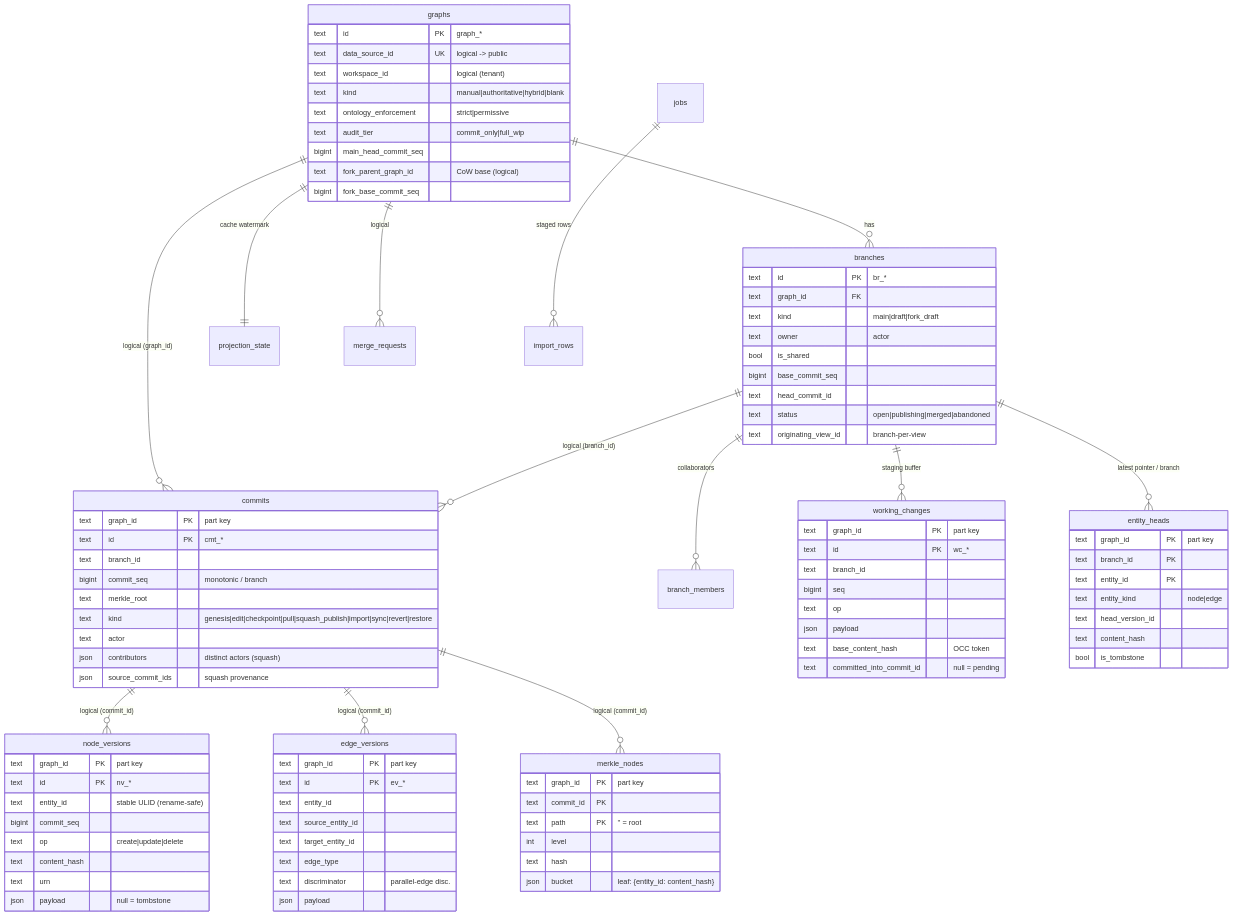
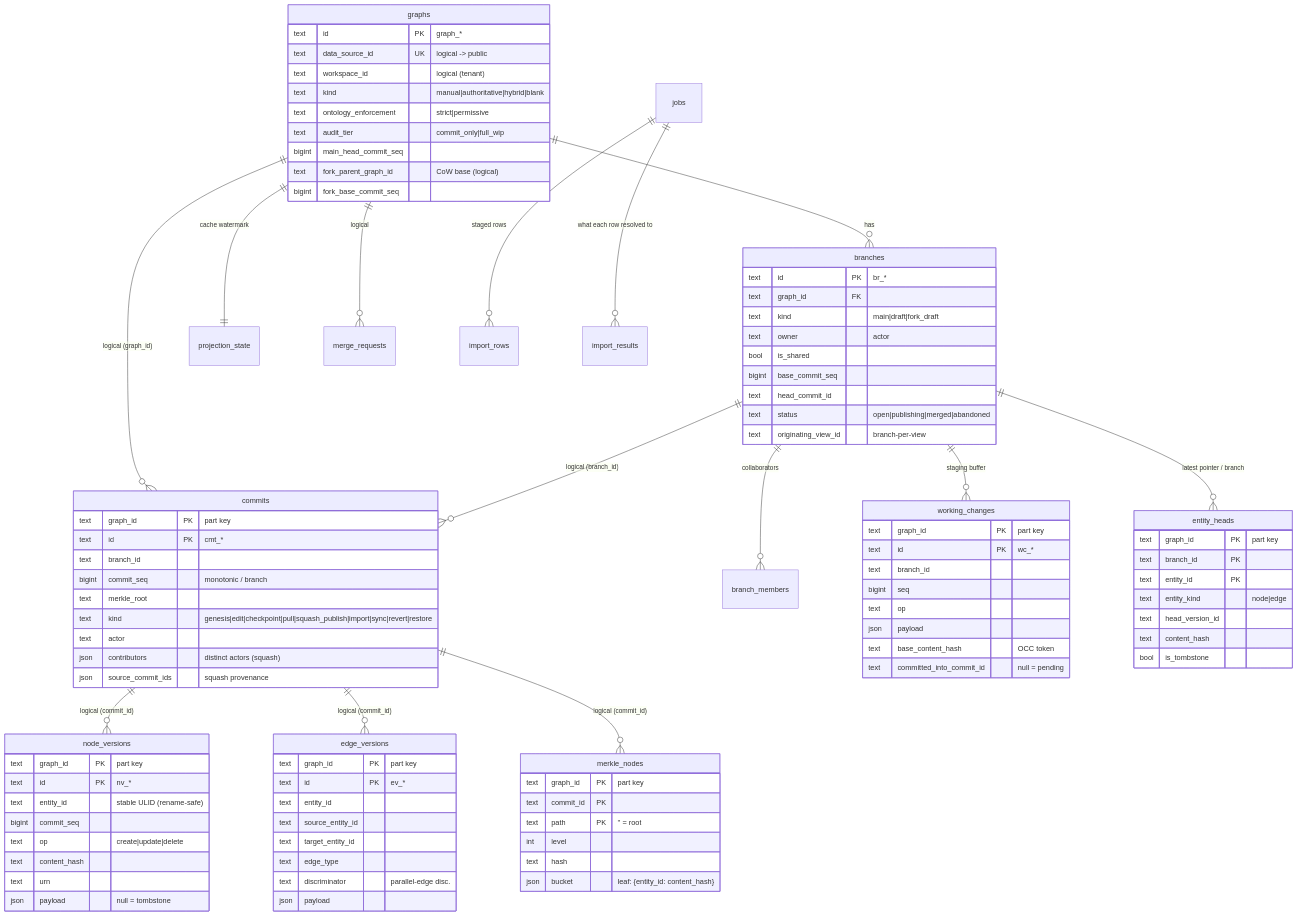
One commit to rkrumins/dataviz changed the first of 3 diagrams in docs/versioning/02-data-model.md. Above: the diagram before and after it, drawn with Mermaid. The commit also changed other lines of this file and 2 other files, not shown here.

First line of the commit message:
Say where an import keeps its rows' outcomes, and how it writes and reads

```diff
--- a/docs/versioning/02-data-model.md
+++ b/docs/versioning/02-data-model.md
@@ -79,6 +79,7 @@
     branches ||--o{ working_changes : "staging buffer"
     branches ||--o{ entity_heads : "latest pointer / branch"
     jobs ||--o{ import_rows : "staged rows"
+    jobs ||--o{ import_results : "what each row resolved to"
 
     graphs {
         text id PK "graph_*"
```
